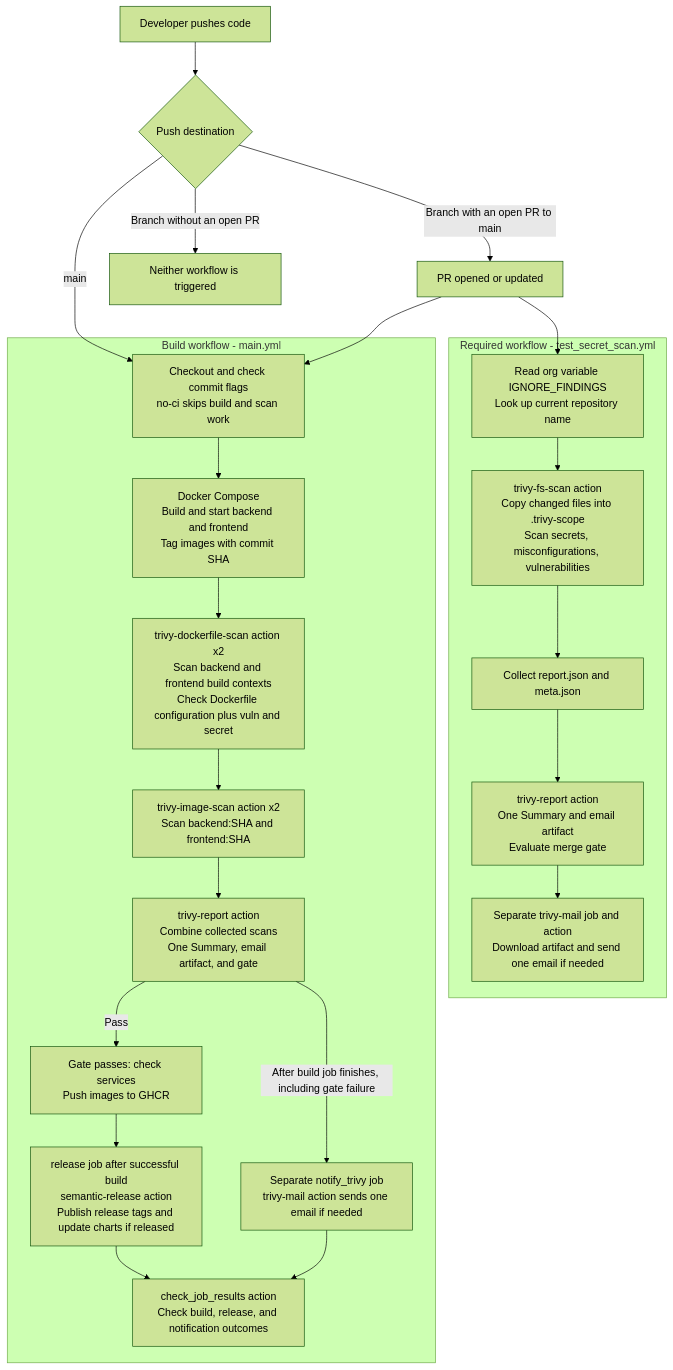
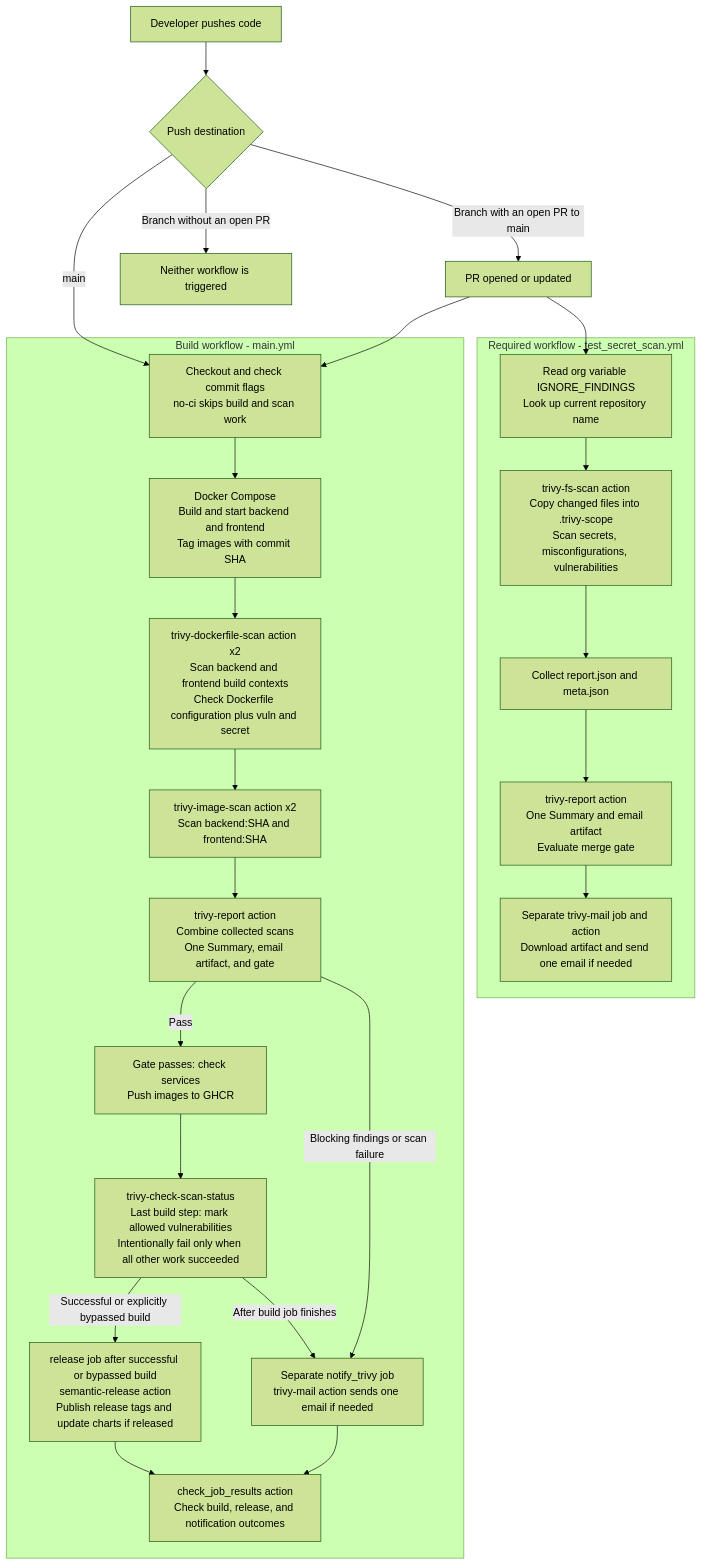
Before and after one commit to svtechnmaa/bngblaster-gui: the diagram in docs/trivy-flow.md, drawn with Mermaid (forest theme). The commit also changed other lines of this file and 1 other file, not shown here.

Commit message:
no-ci: Pilot explicit Trivy scan bypass status in build workflow
betterleaks-Scan: passed

````diff
--- a/docs/trivy-flow.md
+++ b/docs/trivy-flow.md
@@ -7,36 +7,39 @@
 ```mermaid
 flowchart TD
     Dev[Developer pushes code] --> Event{Push destination}
     Event -->|Branch with an open PR to main| PR[PR opened or updated]
     Event -->|main| BuildStart
     Event -->|Branch without an open PR| NoRun[Neither workflow is triggered]
 
     subgraph Required[Required workflow - test_secret_scan.yml]
         Policy[Read org variable IGNORE_FINDINGS<br/>Look up current repository name]
         FS[trivy-fs-scan action<br/>Copy changed files into .trivy-scope<br/>Scan secrets, misconfigurations, vulnerabilities]
         Collect[Collect report.json and meta.json]
         R1[trivy-report action<br/>One Summary and email artifact<br/>Evaluate merge gate]
         M1[Separate trivy-mail job and action<br/>Download artifact and send one email if needed]
         Policy --> FS --> Collect --> R1 --> M1
     end
 
     subgraph Build[Build workflow - main.yml]
         BuildStart[Checkout and check commit flags<br/>no-ci skips build and scan work]
         Compose[Docker Compose<br/>Build and start backend and frontend<br/>Tag images with commit SHA]
         DF[trivy-dockerfile-scan action x2<br/>Scan backend and frontend build contexts<br/>Check Dockerfile configuration plus vuln and secret]
         Images[trivy-image-scan action x2<br/>Scan backend:SHA and frontend:SHA]
         R2[trivy-report action<br/>Combine collected scans<br/>One Summary, email artifact, and gate]
         Push[Gate passes: check services<br/>Push images to GHCR]
+        Final[trivy-check-scan-status<br/>Last build step: mark allowed vulnerabilities<br/>Intentionally fail only when all other work succeeded]
         M2[Separate notify_trivy job<br/>trivy-mail action sends one email if needed]
-        Release[release job after successful build<br/>semantic-release action<br/>Publish release tags and update charts if released]
+        Release[release job after successful or bypassed build<br/>semantic-release action<br/>Publish release tags and update charts if released]
         Check[check_job_results action<br/>Check build, release, and notification outcomes]
         BuildStart --> Compose --> DF --> Images --> R2
-        R2 -->|Pass| Push --> Release
-        R2 -->|After build job finishes, including gate failure| M2
+        R2 -->|Pass| Push --> Final
+        Final -->|Successful or explicitly bypassed build| Release
+        Final -->|After build job finishes| M2
+        R2 -->|Blocking findings or scan failure| M2
         Release --> Check
         M2 --> Check
     end
 
     PR --> Policy
     PR --> BuildStart
 ```
````
